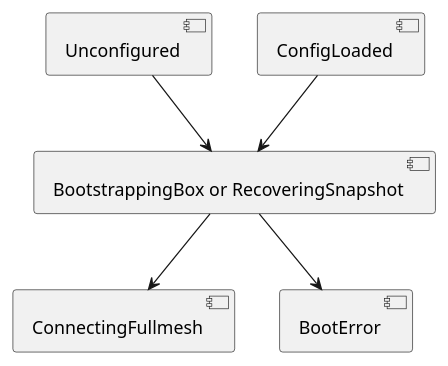
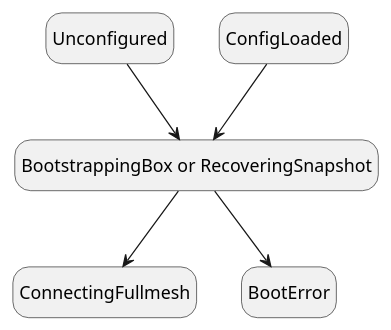
Before and after one commit to tarantool/cartridge: the diagram in rst/uml/Recovery.puml, drawn with PlantUML. The commit also changed 6 other files, not shown here.

```diff
--- a/rst/uml/Recovery.puml
+++ b/rst/uml/Recovery.puml
@@ -1,8 +1,12 @@
 @startuml
 
-[Unconfigured] --> [BootstrappingBox or RecoveringSnapshot]
-[ConfigLoaded] --> [BootstrappingBox or RecoveringSnapshot]
-[BootstrappingBox or RecoveringSnapshot] --> [ConnectingFullmesh]
-[BootstrappingBox or RecoveringSnapshot] --> [BootError]
+
+hide empty description
+state "BootstrappingBox or RecoveringSnapshot" as BootstrappingBox
+
+Unconfigured --> BootstrappingBox
+ConfigLoaded --> BootstrappingBox
+BootstrappingBox --> ConnectingFullmesh
+BootstrappingBox --> BootError
 
 @enduml
```
